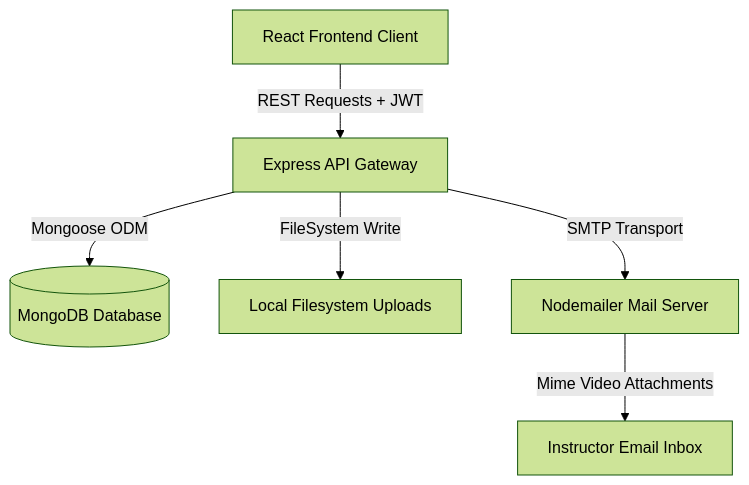
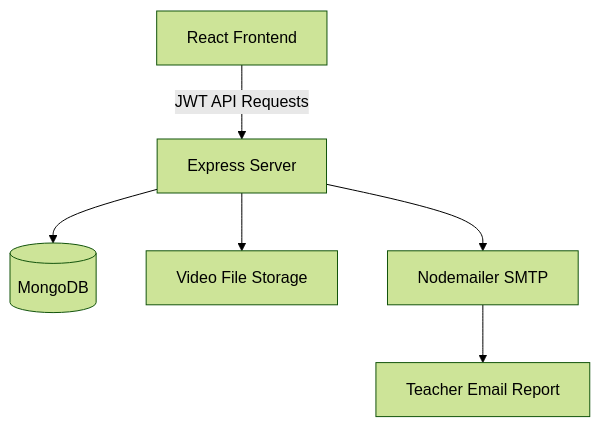
One commit to THIRUMULANATHAN/Assessment-and-Test-System changed the diagram in README.md. Above: the diagram before and after it, drawn with Mermaid (forest theme). The commit also changed other lines of this file, not shown here.

````diff
--- a/README.md
+++ b/README.md
@@ -86,8 +192,13 @@
 ```mermaid
 graph TD
-    A[React Frontend Client] -->|REST Requests + JWT| B[Express API Gateway]
-    B -->|Mongoose ODM| C[(MongoDB Database)]
-    B -->|FileSystem Write| D[Local Filesystem Uploads]
-    B -->|SMTP Transport| E[Nodemailer Mail Server]
-    E -->|Mime Video Attachments| F[Instructor Email Inbox]
+
+A[React Frontend] -->|JWT API Requests| B[Express Server]
+
+B --> C[(MongoDB)]
+
+B --> D[Video File Storage]
+
+B --> E[Nodemailer SMTP]
+
+E --> F[Teacher Email Report]
 ```
````
